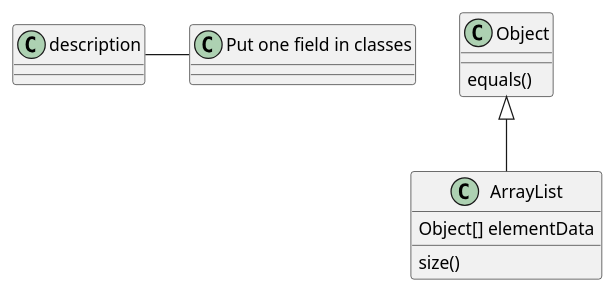
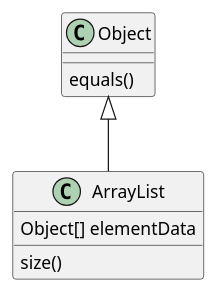
The fifth of 38 diagrams in PlantUML/클래스-다이어그램.md (sogeuni/_wiki), drawn with PlantUML before and after one commit. The commit also changed other lines of this file, not shown here.

Commit message:
Updated 클래스 다이어그램 (markdown)

```diff
--- a/PlantUML/클래스-다이어그램.md
+++ b/PlantUML/클래스-다이어그램.md
@@ -110,9 +106,8 @@
 @startuml
-description - "Put one field in classes"
 Object <|-- ArrayList
 
 Object : equals()
 ArrayList : Object[] elementData
 ArrayList : size()
 
 @enduml
```
